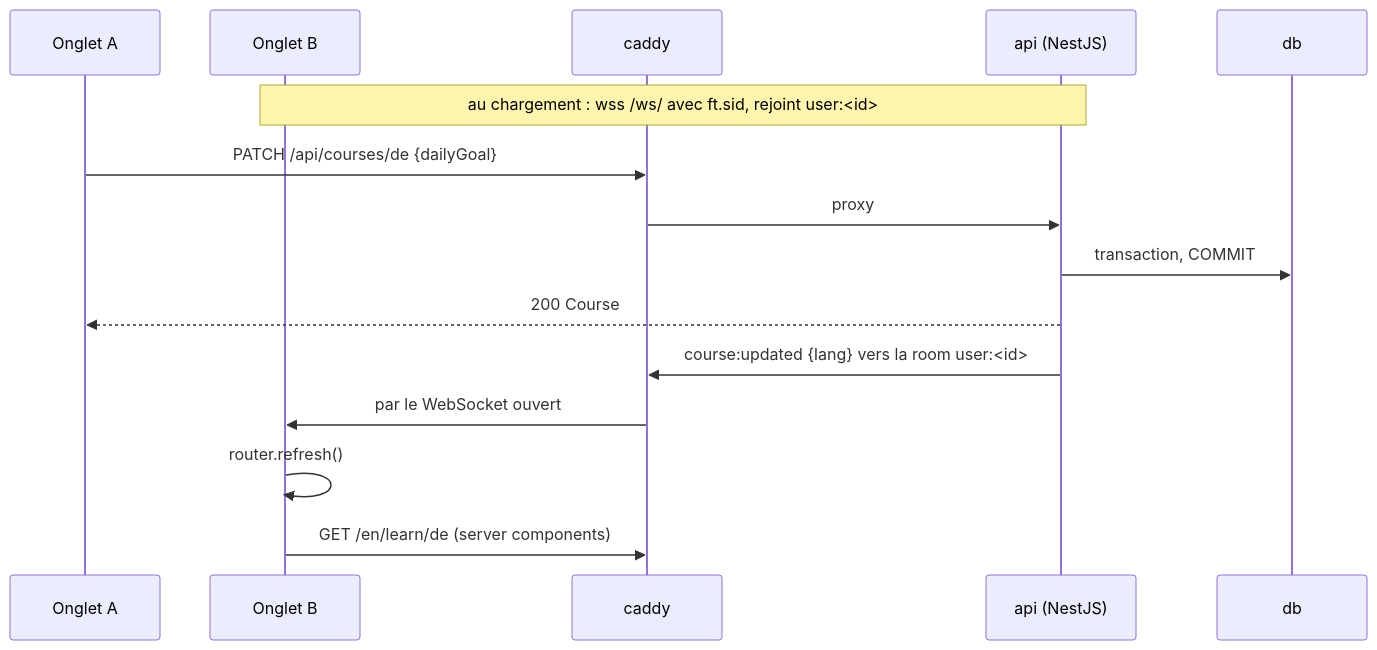
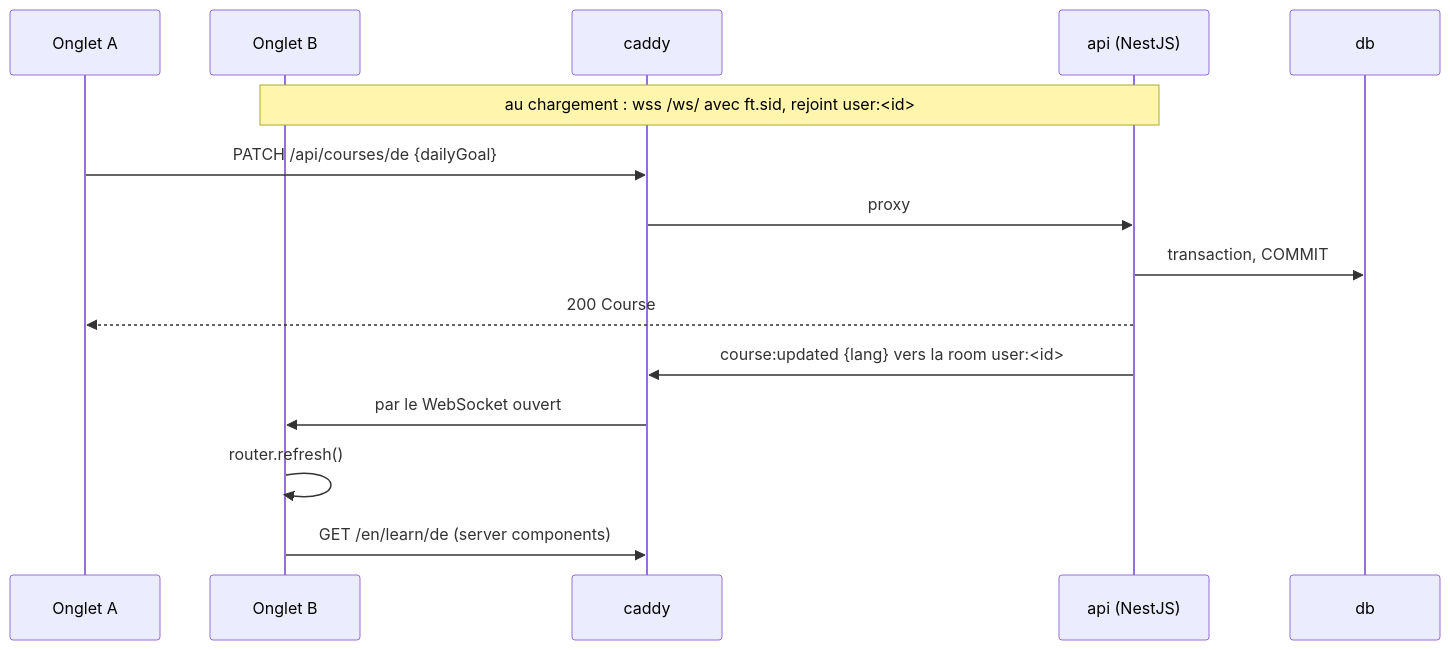
One commit to VictorBro/ft_transcendence changed the first of 2 diagrams in docs-fr/architecture/realtime.md. Above: the diagram before and after it, drawn with Mermaid. The commit also changed 86 other files, not shown here.

````diff
--- a/docs-fr/architecture/realtime.md
+++ b/docs-fr/architecture/realtime.md
@@ -114,18 +114,18 @@
 ```mermaid
 sequenceDiagram
     participant A as Onglet A
     participant B as Onglet B
     participant C as caddy
     participant N as api (NestJS)
     participant P as db
 
-    Note over B,N: au chargement : wss /ws/ avec ft.sid, rejoint user:<id>
+    Note over B,N: au chargement : wss /ws/ avec ft.sid, rejoint user:#lt;id#gt;
     A->>C: PATCH /api/courses/de {dailyGoal}
     C->>N: proxy
     N->>P: transaction, COMMIT
     N-->>A: 200 Course
-    N->>C: course:updated {lang} vers la room user:<id>
+    N->>C: course:updated {lang} vers la room user:#lt;id#gt;
     C->>B: par le WebSocket ouvert
     B->>B: router.refresh()
     B->>C: GET /en/learn/de (server components)
 ```
````
